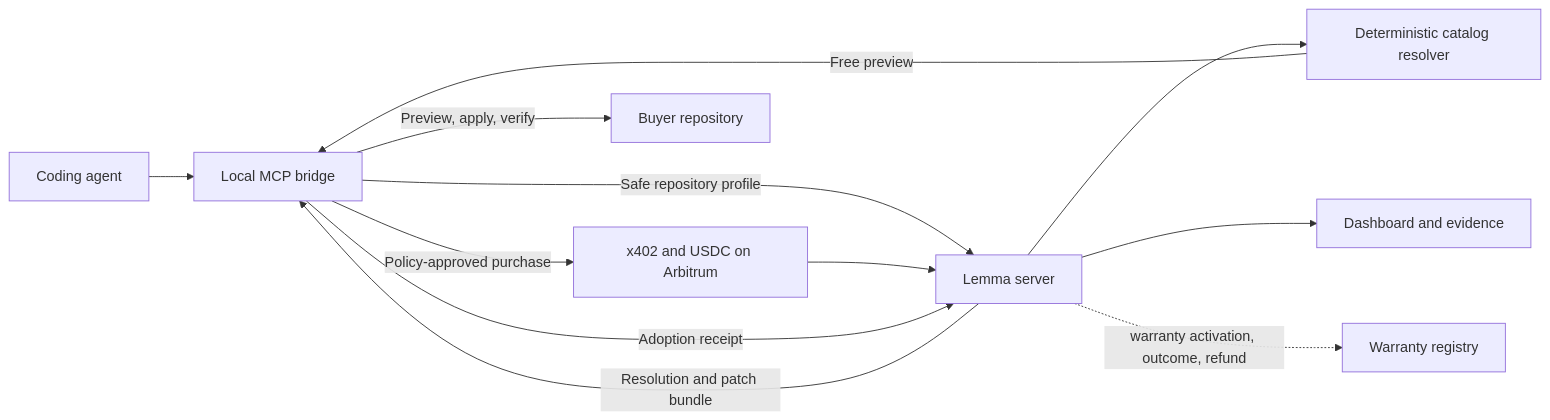
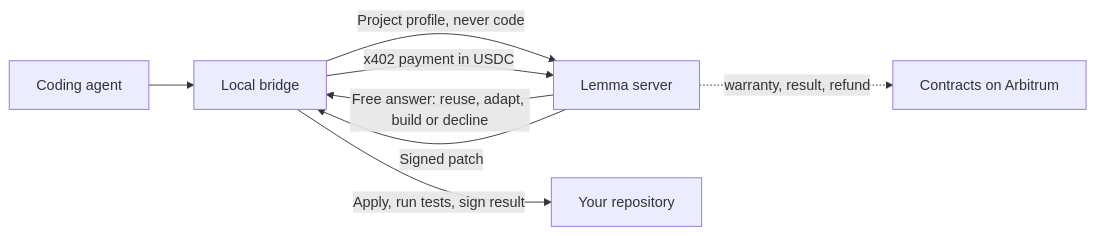
Before and after one commit to 4waan/Lemma: the diagram in README.md, drawn with Mermaid. The commit also changed other lines of this file and 2 other files, not shown here.

````diff
--- a/README.md
+++ b/README.md
@@ -26,14 +28,10 @@
 ```mermaid
 flowchart LR
-    A[Coding agent] --> B[Local MCP bridge]
-    B -->|Safe repository profile| C[Lemma server]
-    C --> D[Deterministic catalog resolver]
-    D -->|Free preview| B
-    B -->|Policy-approved purchase| E[x402 and USDC on Arbitrum]
-    E --> C
-    C -->|Resolution and patch bundle| B
-    B -->|Preview, apply, verify| F[Buyer repository]
-    B -->|Adoption receipt| C
-    C --> G[Dashboard and evidence]
-    C -. warranty activation, outcome, refund .-> H[Warranty registry]
+    A[Coding agent] --> B[Local bridge]
+    B -->|Project profile, never code| C[Lemma server]
+    C -->|Free answer: reuse, adapt, build or decline| B
+    B -->|x402 payment in USDC| C
+    C -->|Signed patch| B
+    B -->|Apply, run tests, sign result| D[Your repository]
+    C -. warranty, result, refund .-> E[Contracts on Arbitrum]
 ```
````
